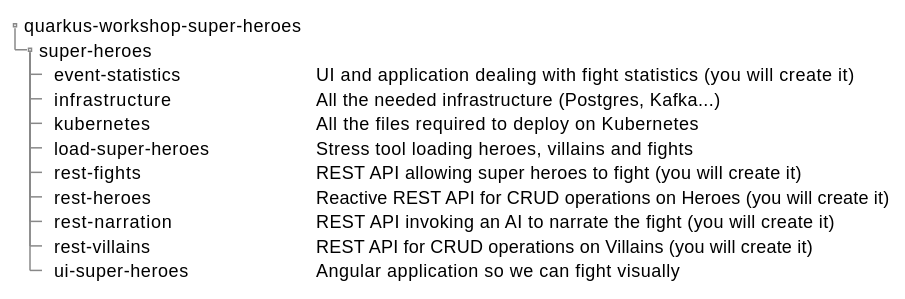
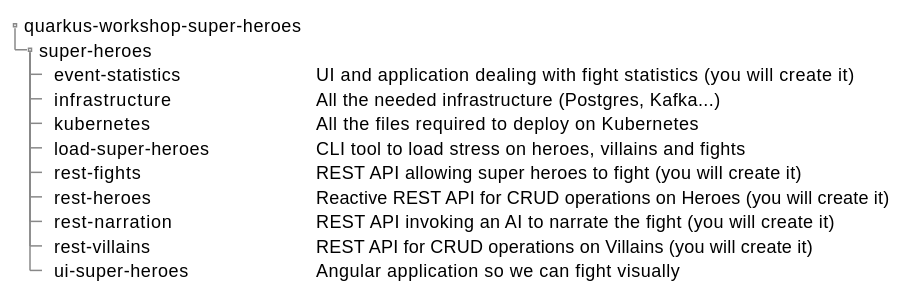
Before and after one commit to quarkusio/quarkus-workshops: the second of 3 diagrams in quarkus-workshop-super-heroes/docs/src/docs/asciidoc/core-introduction/introduction-preparing.adoc, drawn with PlantUML. The commit also changed 1 other file, not shown here.

Commit message:
Review Preparing

```diff
--- a/quarkus-workshop-super-heroes/docs/src/docs/asciidoc/core-introduction/introduction-preparing.adoc
+++ b/quarkus-workshop-super-heroes/docs/src/docs/asciidoc/core-introduction/introduction-preparing.adoc
@@ -35,21 +35,21 @@
 [plantuml]
 ----
 @startsalt
 {
 {
 T
 quarkus-workshop-super-heroes
 + super-heroes
 ++ event-statistics        | UI and application dealing with fight statistics (you will create it)
 ++ infrastructure          | All the needed infrastructure (Postgres, Kafka...)
 ++ kubernetes              | All the files required to deploy on Kubernetes
-++ load-super-heroes       | Stress tool loading heroes, villains and fights
+++ load-super-heroes       | CLI tool to load stress on heroes, villains and fights
 ++ rest-fights             | REST API allowing super heroes to fight (you will create it)
 ++ rest-heroes             | Reactive REST API for CRUD operations on Heroes (you will create it)
 ++ rest-narration          | REST API invoking an AI to narrate the fight (you will create it)
 ++ rest-villains           | REST API for CRUD operations on Villains (you will create it)
 ++ ui-super-heroes         | Angular application so we can fight visually
 }
 }
 @endsalt
 ----
```
